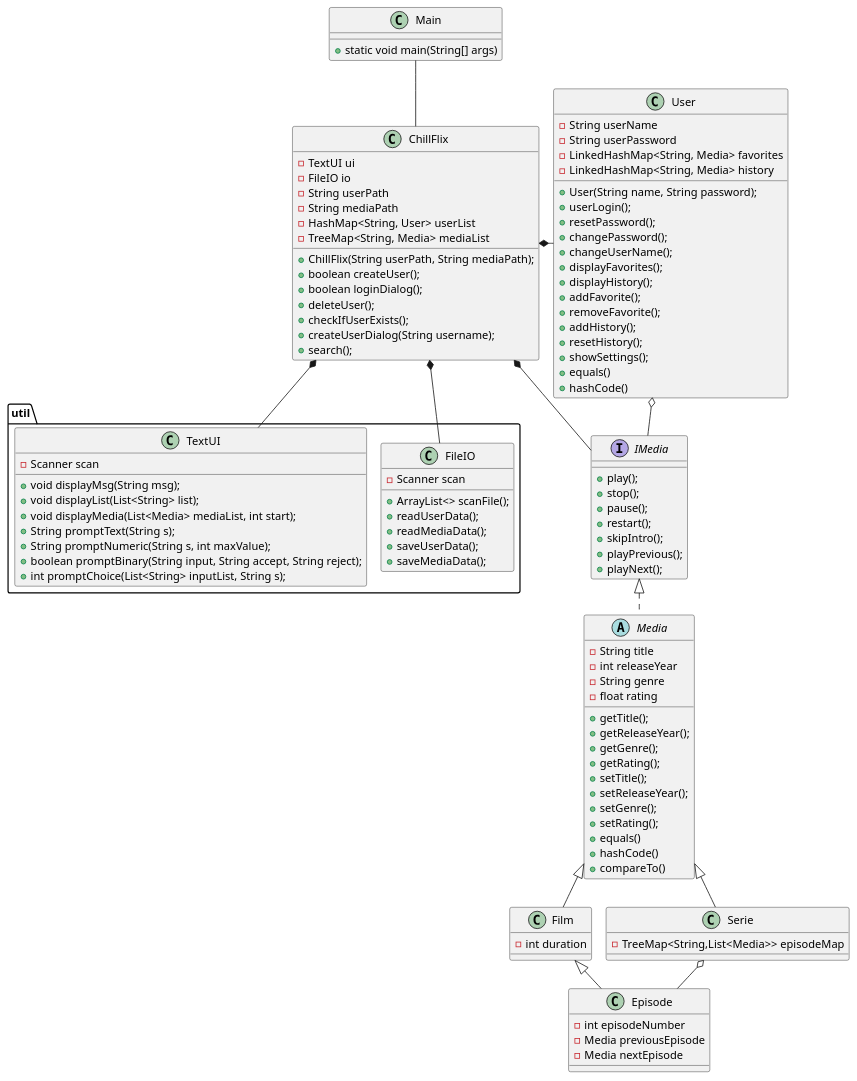
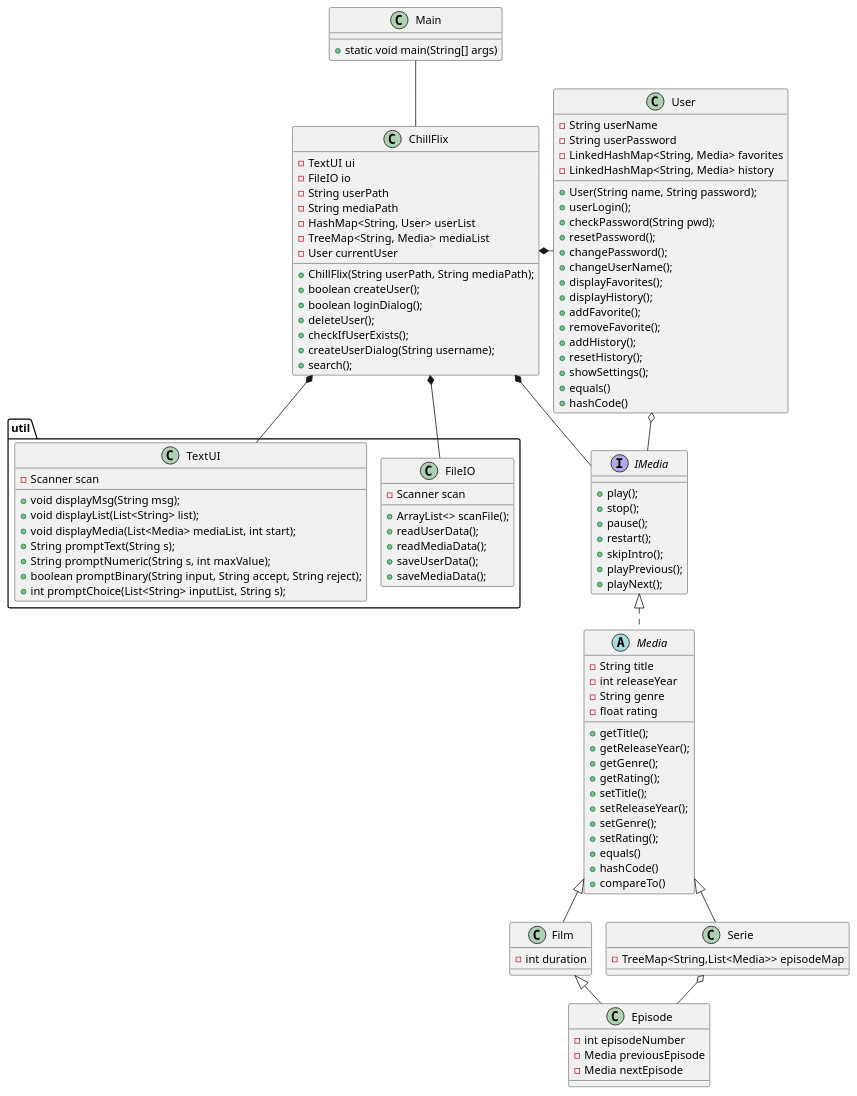
One commit to Falcho/SP3 changed the diagram in docs/classDiagram.puml. Above: the diagram before and after it, drawn with PlantUML.

Commit message:
Added CheckPassword() and added User currentUser to classDiagram.puml

```diff
--- a/docs/classDiagram.puml
+++ b/docs/classDiagram.puml
@@ -1,122 +1,124 @@
 @startuml
 'https://plantuml.com/class-diagram
 !pragma layout smetana
 
 Class Main{
 +static void main(String[] args)
 }
 
 Class ChillFlix{
 -TextUI ui
 -FileIO io
 -String userPath
 -String mediaPath
 -HashMap<String, User> userList
 -TreeMap<String, Media> mediaList
+-User currentUser
 +ChillFlix(String userPath, String mediaPath);
 +boolean createUser();
 +boolean loginDialog();
 +deleteUser();
 +checkIfUserExists();
 +createUserDialog(String username);
 +search();
 }
 
 
 Class User{
 -String userName
 -String userPassword
 -LinkedHashMap<String, Media> favorites
 -LinkedHashMap<String, Media> history
 +User(String name, String password);
 +userLogin();
++checkPassword(String pwd);
 +resetPassword();
 +changePassword();
 +changeUserName();
 +displayFavorites();
 +displayHistory();
 +addFavorite();
 +removeFavorite();
 +addHistory();
 +resetHistory();
 +showSettings();
 +equals()
 +hashCode()
 }
 
 Interface IMedia{
 +play();
 +stop();
 +pause();
 +restart();
 +skipIntro();
 +playPrevious();
 +playNext();
 }
 abstract Class Media{
 -String title
 -int releaseYear
 -String genre
 -float rating
 +getTitle();
 +getReleaseYear();
 +getGenre();
 +getRating();
 +setTitle();
 +setReleaseYear();
 +setGenre();
 +setRating();
 +equals()
 +hashCode()
 +compareTo()
 }
 
 Class Film {
 -int duration
 }
 
 Class Serie{
 -TreeMap<String,List<Media>> episodeMap
 }
 
 
 Class Episode{
 -int episodeNumber
 -Media previousEpisode
 -Media nextEpisode
 }
 package util {
     Class FileIO{
     -Scanner scan
     +ArrayList<> scanFile();
     +readUserData();
     +readMediaData();
     +saveUserData();
     +saveMediaData();
     }
 
     Class TextUI{
     -Scanner scan
     +void displayMsg(String msg);
     +void displayList(List<String> list);
     +void displayMedia(List<Media> mediaList, int start);
     +String promptText(String s);
     +String promptNumeric(String s, int maxValue);
     +boolean promptBinary(String input, String accept, String reject);
     +int promptChoice(List<String> inputList, String s);
     }
 }
 
 Film <|-- Episode
 Media <|-- Film
 Media <|-- Serie
 Serie o-- Episode
 IMedia <|.. Media
 ChillFlix *- User
 ChillFlix *-- IMedia
 ChillFlix *-- FileIO
 ChillFlix *-- TextUI
 Main -- ChillFlix
 User o- IMedia
 
 @enduml
```
